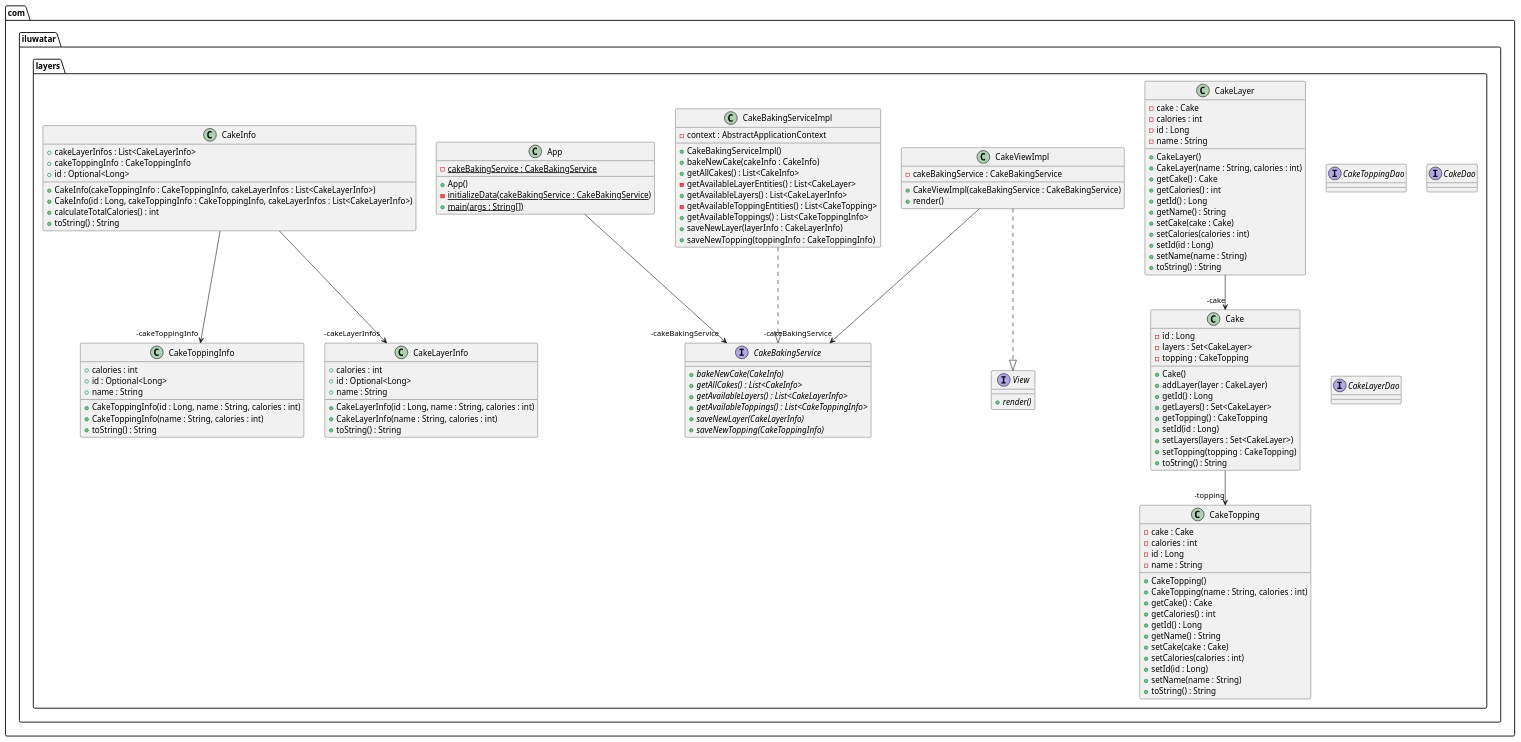
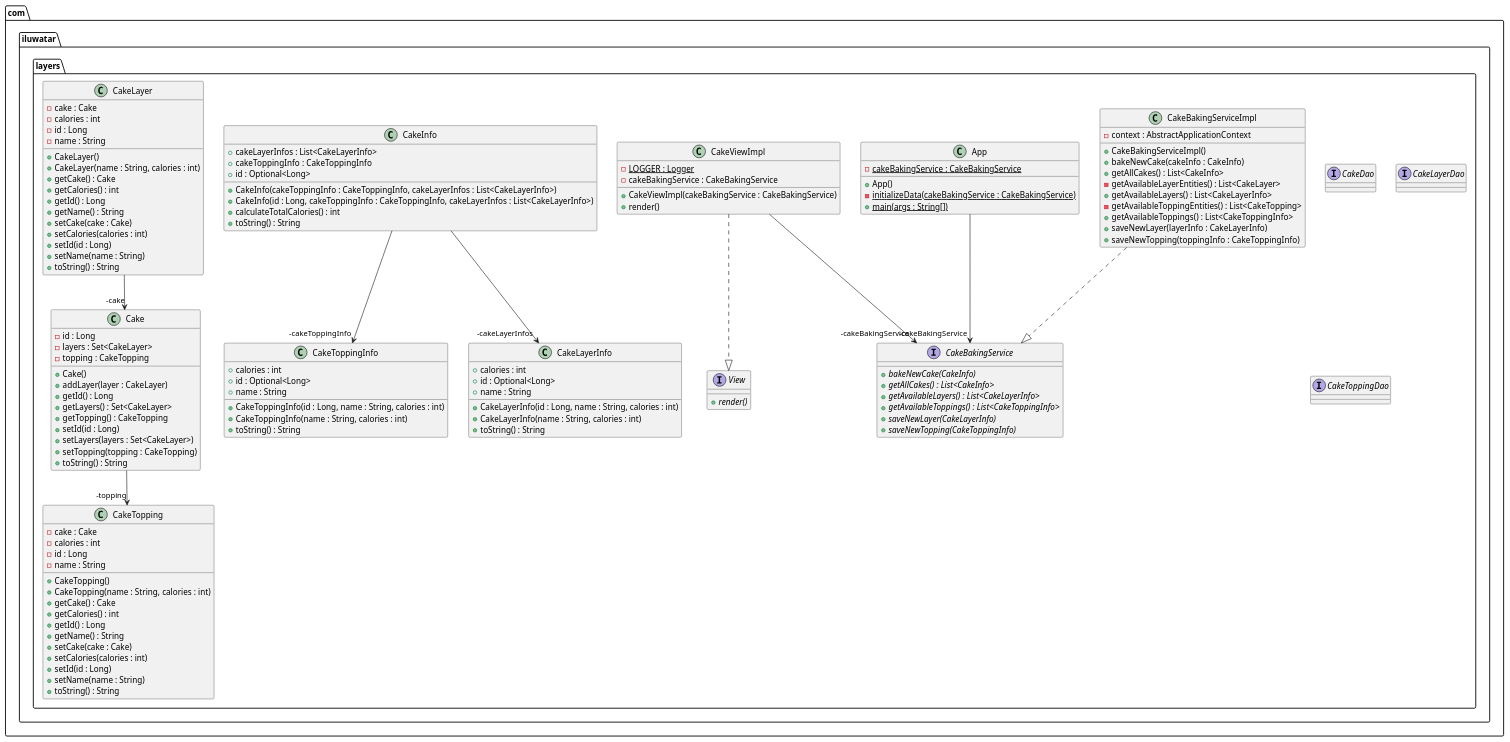
The diagram in layers/etc/layers.urm.puml (NatalieSty/java-design-patterns), drawn with PlantUML before and after one commit. The commit also changed 84 other files, not shown here.

```diff
--- a/layers/etc/layers.urm.puml
+++ b/layers/etc/layers.urm.puml
@@ -1,125 +1,126 @@
 @startuml
 package com.iluwatar.layers {
-  interface View {
-    + render() {abstract}
+  class App {
+    - cakeBakingService : CakeBakingService {static}
+    + App()
+    - initializeData(cakeBakingService : CakeBakingService) {static}
+    + main(args : String[]) {static}
   }
-  class CakeToppingInfo {
-    + calories : int
+  class Cake {
+    - id : Long
+    - layers : Set<CakeLayer>
+    - topping : CakeTopping
+    + Cake()
+    + addLayer(layer : CakeLayer)
+    + getId() : Long
+    + getLayers() : Set<CakeLayer>
+    + getTopping() : CakeTopping
+    + setId(id : Long)
+    + setLayers(layers : Set<CakeLayer>)
+    + setTopping(topping : CakeTopping)
+    + toString() : String
+  }
+  interface CakeBakingService {
+    + bakeNewCake(CakeInfo) {abstract}
+    + getAllCakes() : List<CakeInfo> {abstract}
+    + getAvailableLayers() : List<CakeLayerInfo> {abstract}
+    + getAvailableToppings() : List<CakeToppingInfo> {abstract}
+    + saveNewLayer(CakeLayerInfo) {abstract}
+    + saveNewTopping(CakeToppingInfo) {abstract}
+  }
+  class CakeBakingServiceImpl {
+    - context : AbstractApplicationContext
+    + CakeBakingServiceImpl()
+    + bakeNewCake(cakeInfo : CakeInfo)
+    + getAllCakes() : List<CakeInfo>
+    - getAvailableLayerEntities() : List<CakeLayer>
+    + getAvailableLayers() : List<CakeLayerInfo>
+    - getAvailableToppingEntities() : List<CakeTopping>
+    + getAvailableToppings() : List<CakeToppingInfo>
+    + saveNewLayer(layerInfo : CakeLayerInfo)
+    + saveNewTopping(toppingInfo : CakeToppingInfo)
+  }
+  interface CakeDao {
+  }
+  class CakeInfo {
+    + cakeLayerInfos : List<CakeLayerInfo>
+    + cakeToppingInfo : CakeToppingInfo
     + id : Optional<Long>
-    + name : String
-    + CakeToppingInfo(id : Long, name : String, calories : int)
-    + CakeToppingInfo(name : String, calories : int)
+    + CakeInfo(cakeToppingInfo : CakeToppingInfo, cakeLayerInfos : List<CakeLayerInfo>)
+    + CakeInfo(id : Long, cakeToppingInfo : CakeToppingInfo, cakeLayerInfos : List<CakeLayerInfo>)
+    + calculateTotalCalories() : int
     + toString() : String
   }
   class CakeLayer {
     - cake : Cake
     - calories : int
     - id : Long
     - name : String
     + CakeLayer()
     + CakeLayer(name : String, calories : int)
     + getCake() : Cake
     + getCalories() : int
     + getId() : Long
     + getName() : String
     + setCake(cake : Cake)
     + setCalories(calories : int)
     + setId(id : Long)
     + setName(name : String)
     + toString() : String
   }
+  interface CakeLayerDao {
+  }
   class CakeLayerInfo {
     + calories : int
     + id : Optional<Long>
     + name : String
     + CakeLayerInfo(id : Long, name : String, calories : int)
     + CakeLayerInfo(name : String, calories : int)
     + toString() : String
-  }
-  class CakeViewImpl {
-    - cakeBakingService : CakeBakingService
-    + CakeViewImpl(cakeBakingService : CakeBakingService)
-    + render()
-  }
-  class CakeBakingServiceImpl {
-    - context : AbstractApplicationContext
-    + CakeBakingServiceImpl()
-    + bakeNewCake(cakeInfo : CakeInfo)
-    + getAllCakes() : List<CakeInfo>
-    - getAvailableLayerEntities() : List<CakeLayer>
-    + getAvailableLayers() : List<CakeLayerInfo>
-    - getAvailableToppingEntities() : List<CakeTopping>
-    + getAvailableToppings() : List<CakeToppingInfo>
-    + saveNewLayer(layerInfo : CakeLayerInfo)
-    + saveNewTopping(toppingInfo : CakeToppingInfo)
   }
   class CakeTopping {
     - cake : Cake
     - calories : int
     - id : Long
     - name : String
     + CakeTopping()
     + CakeTopping(name : String, calories : int)
     + getCake() : Cake
     + getCalories() : int
     + getId() : Long
     + getName() : String
     + setCake(cake : Cake)
     + setCalories(calories : int)
     + setId(id : Long)
     + setName(name : String)
     + toString() : String
   }
-  class Cake {
-    - id : Long
-    - layers : Set<CakeLayer>
-    - topping : CakeTopping
-    + Cake()
-    + addLayer(layer : CakeLayer)
-    + getId() : Long
-    + getLayers() : Set<CakeLayer>
-    + getTopping() : CakeTopping
-    + setId(id : Long)
-    + setLayers(layers : Set<CakeLayer>)
-    + setTopping(topping : CakeTopping)
+  interface CakeToppingDao {
+  }
+  class CakeToppingInfo {
+    + calories : int
+    + id : Optional<Long>
+    + name : String
+    + CakeToppingInfo(id : Long, name : String, calories : int)
+    + CakeToppingInfo(name : String, calories : int)
     + toString() : String
   }
-  interface CakeToppingDao {
+  class CakeViewImpl {
+    - LOGGER : Logger {static}
+    - cakeBakingService : CakeBakingService
+    + CakeViewImpl(cakeBakingService : CakeBakingService)
+    + render()
   }
-  interface CakeBakingService {
-    + bakeNewCake(CakeInfo) {abstract}
-    + getAllCakes() : List<CakeInfo> {abstract}
-    + getAvailableLayers() : List<CakeLayerInfo> {abstract}
-    + getAvailableToppings() : List<CakeToppingInfo> {abstract}
-    + saveNewLayer(CakeLayerInfo) {abstract}
-    + saveNewTopping(CakeToppingInfo) {abstract}
-  }
-  class App {
-    - cakeBakingService : CakeBakingService {static}
-    + App()
-    - initializeData(cakeBakingService : CakeBakingService) {static}
-    + main(args : String[]) {static}
-  }
-  interface CakeDao {
-  }
-  interface CakeLayerDao {
-  }
-  class CakeInfo {
-    + cakeLayerInfos : List<CakeLayerInfo>
-    + cakeToppingInfo : CakeToppingInfo
-    + id : Optional<Long>
-    + CakeInfo(cakeToppingInfo : CakeToppingInfo, cakeLayerInfos : List<CakeLayerInfo>)
-    + CakeInfo(id : Long, cakeToppingInfo : CakeToppingInfo, cakeLayerInfos : List<CakeLayerInfo>)
-    + calculateTotalCalories() : int
-    + toString() : String
+  interface View {
+    + render() {abstract}
   }
 }
 CakeViewImpl -->  "-cakeBakingService" CakeBakingService
 CakeInfo -->  "-cakeToppingInfo" CakeToppingInfo
 CakeInfo -->  "-cakeLayerInfos" CakeLayerInfo
 App -->  "-cakeBakingService" CakeBakingService
 CakeLayer -->  "-cake" Cake
 Cake -->  "-topping" CakeTopping
+CakeBakingServiceImpl ..|> CakeBakingService 
 CakeViewImpl ..|> View 
-CakeBakingServiceImpl ..|> CakeBakingService 
 @enduml
```
